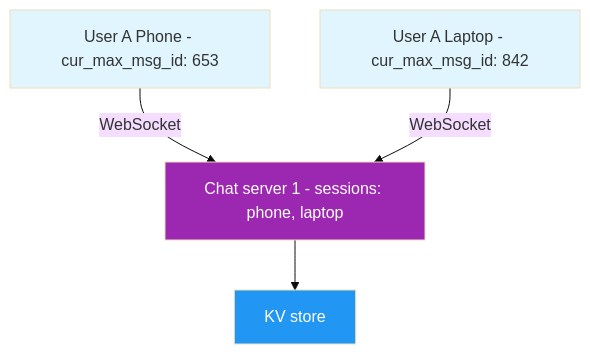
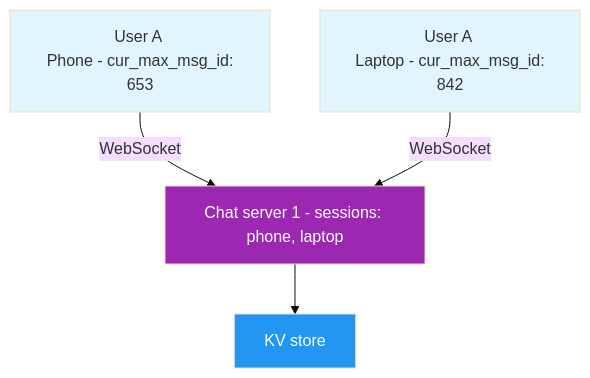
One commit to NalinDalal/system-design changed diagram 11 of 18 in 1.ChatApp.md. Above: the diagram before and after it, drawn with Mermaid (base theme). The commit also changed other lines of this file and 2 other files, not shown here.

````diff
--- a/1.ChatApp.md
+++ b/1.ChatApp.md
@@ -297,11 +300,11 @@
 ```mermaid
 graph TD
-    A["User A Phone - cur_max_msg_id: 653"] -->|WebSocket| C["Chat server 1 - sessions: phone, laptop"]
-    B["User A Laptop - cur_max_msg_id: 842"] -->|WebSocket| C
+    A["User A <br/> Phone - cur_max_msg_id: 653"] -->|WebSocket| C["Chat server 1 - sessions: phone, laptop"]
+    B["User A <br/> Laptop - cur_max_msg_id: 842"] -->|WebSocket| C
     C --> D["KV store"]
 
     style A fill:#e1f5fe
     style B fill:#e1f5fe
     style C fill:#9c27b0,color:#fff
     style D fill:#2196f3,color:#fff
 ```
````
